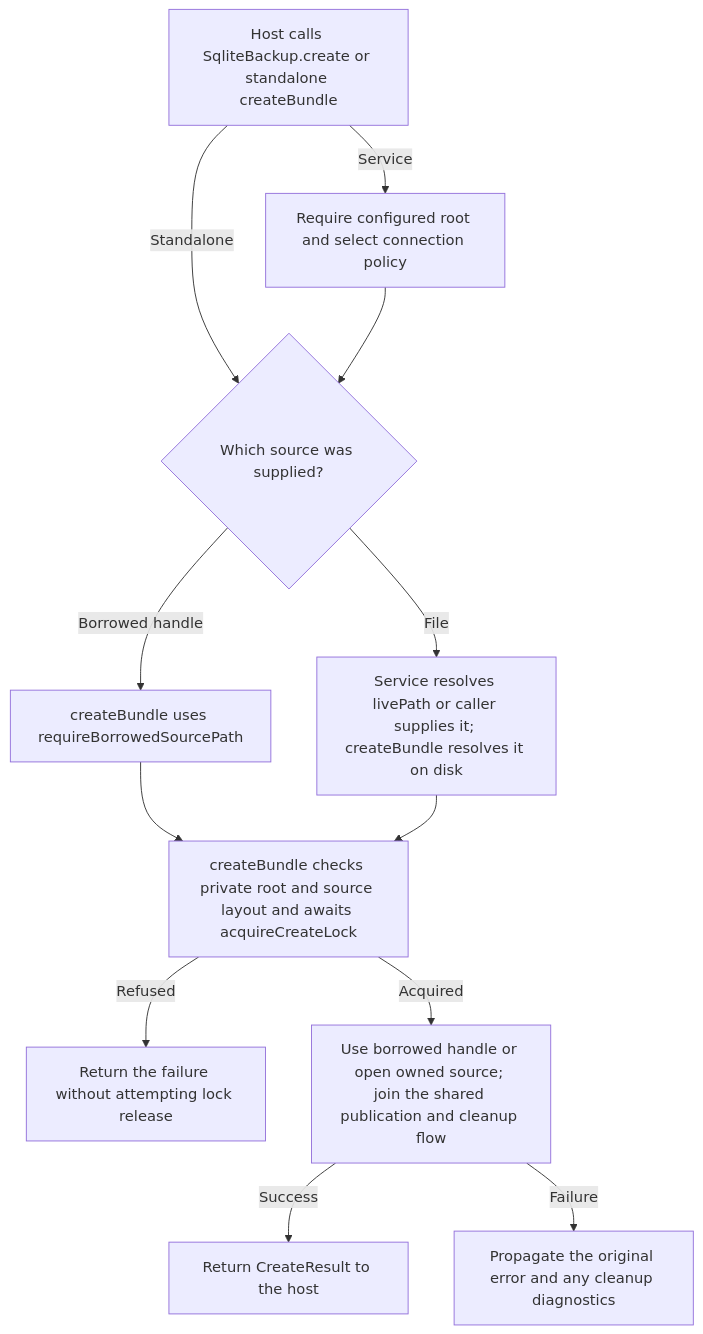
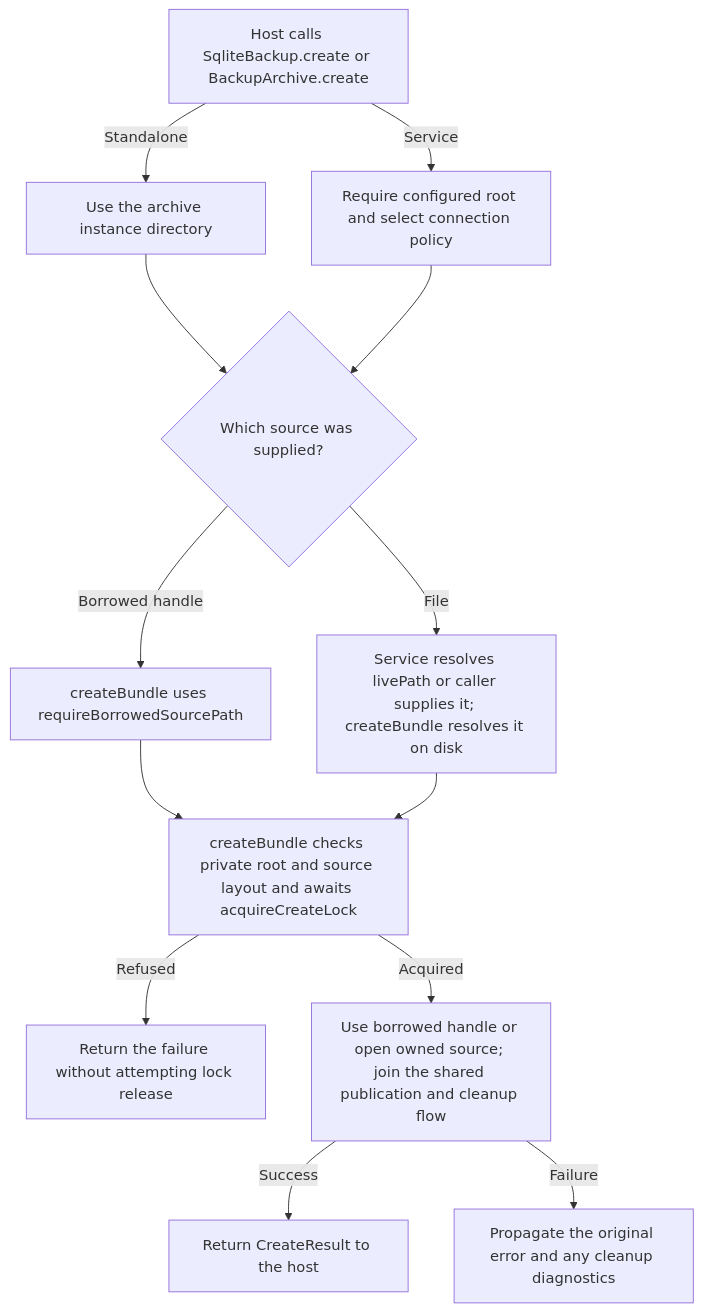
Before and after one commit to Kevinjohn/oss-adonisjs-sqlite-backup: the second of 2 diagrams in user-stories/integration/us-int-01-programmatic-backups.md, drawn with Mermaid. The commit also changed other lines of this file and 33 other files, not shown here.

Commit message:
Align SQLite backup public operations and exceptions

````diff
--- a/user-stories/integration/us-int-01-programmatic-backups.md
+++ b/user-stories/integration/us-int-01-programmatic-backups.md
@@ -38,14 +38,15 @@
 ```mermaid
 flowchart TD
-    A["Host calls SqliteBackup.create or standalone createBundle"] -->|Service| B["Require configured root and select connection policy"]
-    A -->|Standalone| C{"Which source was supplied?"}
+    A["Host calls SqliteBackup.create or BackupArchive.create"] -->|Service| B["Require configured root and select connection policy"]
+    A -->|Standalone| S["Use the archive instance directory"]
+    S --> C{"Which source was supplied?"}
     B --> C
     C -->|Borrowed handle| D["createBundle uses requireBorrowedSourcePath"]
     C -->|File| E["Service resolves livePath or caller supplies it; createBundle resolves it on disk"]
     D --> F["createBundle checks private root and source layout and awaits acquireCreateLock"]
     E --> F
     F -->|Refused| X["Return the failure without attempting lock release"]
     F -->|Acquired| G["Use borrowed handle or open owned source; join the shared publication and cleanup flow"]
     G -->|Success| H["Return CreateResult to the host"]
     G -->|Failure| I["Propagate the original error and any cleanup diagnostics"]
 ```
````
